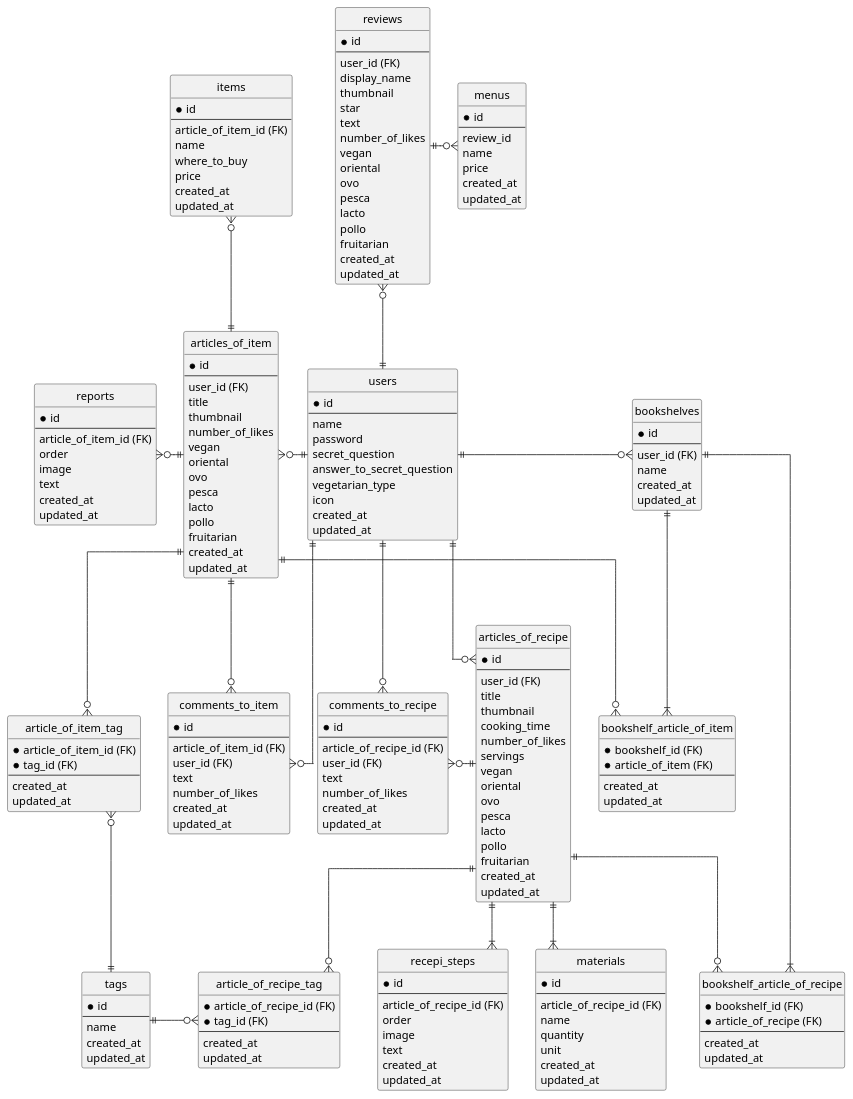
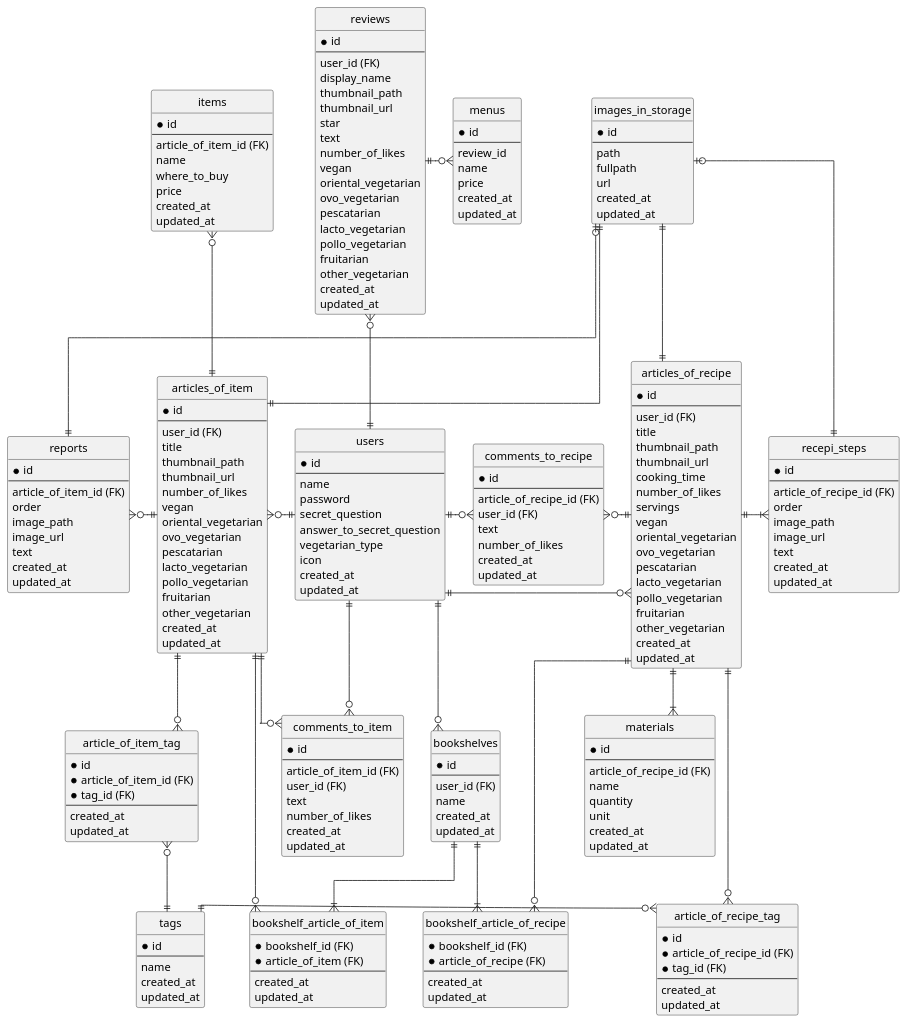
Before and after one commit to SayuriOkuyama/Original: the diagram in documents/er.pu, drawn with PlantUML.

Commit message:
er.pu 修正

```diff
--- a/documents/er.pu
+++ b/documents/er.pu
@@ -34,17 +34,19 @@
   --
   user_id (FK)
   title
-  thumbnail
+  thumbnail_path
+  thumbnail_url
   cooking_time
   number_of_likes
   servings
   vegan
-  oriental
-  ovo
-  pesca
-  lacto
-  pollo
+  oriental_vegetarian
+  ovo_vegetarian
+  pescatarian
+  lacto_vegetarian
+  pollo_vegetarian
   fruitarian
+  other_vegetarian
   created_at
   updated_at
 }
@@ -54,7 +56,8 @@
   --
   article_of_recipe_id (FK)
   order
-  image
+  image_path
+  image_url
   text
   created_at
   updated_at
@@ -76,15 +79,17 @@
   --
   user_id (FK)
   title
-  thumbnail
+  thumbnail_path
+  thumbnail_url
   number_of_likes
   vegan
-  oriental
-  ovo
-  pesca
-  lacto
-  pollo
+  oriental_vegetarian
+  ovo_vegetarian
+  pescatarian
+  lacto_vegetarian
+  pollo_vegetarian
   fruitarian
+  other_vegetarian
   created_at
   updated_at
 }
@@ -105,7 +110,8 @@
   --
   article_of_item_id (FK)
   order
-  image
+  image_path
+  image_url
   text
   created_at
   updated_at
@@ -142,6 +148,7 @@
 }
 
 entity "article_of_recipe_tag" as article_of_recipe_tag {
+  *id
   *article_of_recipe_id (FK)
   *tag_id (FK)
   --
@@ -150,6 +157,7 @@
 }
 
 entity "article_of_item_tag" as article_of_item_tag {
+  *id
   *article_of_item_id (FK)
   *tag_id (FK)
   --
@@ -162,17 +170,19 @@
   --
   user_id (FK)
   display_name
-  thumbnail
+  thumbnail_path
+  thumbnail_url
   star
   text
   number_of_likes
   vegan
-  oriental
-  ovo
-  pesca
-  lacto
-  pollo
+  oriental_vegetarian
+  ovo_vegetarian
+  pescatarian
+  lacto_vegetarian
+  pollo_vegetarian
   fruitarian
+  other_vegetarian
   created_at
   updated_at
 }
@@ -212,13 +222,23 @@
   updated_at
 }
 
+entity "images_in_storage" as images_in_storage {
+  *id
+  --
+  path
+  fullpath
+  url
+  created_at
+  updated_at
+}
+
 users ||-r-o{ articles_of_recipe
-articles_of_recipe ||--|{ recepi_steps
+articles_of_recipe ||-r-|{ recepi_steps
 articles_of_recipe ||--|{ materials
 articles_of_recipe ||--o{ article_of_recipe_tag
 tags ||-r-o{ article_of_recipe_tag
 articles_of_recipe ||-l-o{ comments_to_recipe
-users ||--o{ comments_to_recipe
+users ||-r-o{ comments_to_recipe
 users ||-l-o{articles_of_item
 articles_of_item ||--o{ article_of_item_tag
 tags ||-u-o{ article_of_item_tag
@@ -226,11 +246,16 @@
 articles_of_item ||-u-o{ items
 articles_of_item ||-l-o{ reports
 users ||-r-o{ comments_to_item
-users ||-r-o{bookshelves
+users ||-d-o{bookshelves
 bookshelves ||--|{bookshelf_article_of_recipe
 articles_of_recipe ||--o{bookshelf_article_of_recipe
 bookshelves ||--|{bookshelf_article_of_item
 articles_of_item ||--o{bookshelf_article_of_item
 users ||-u-o{reviews
 menus }o-l-|| reviews
+images_in_storage ||--|| articles_of_recipe
+images_in_storage||--|| articles_of_item
+images_in_storage |o-r-|| recepi_steps
+images_in_storage|o--|| reports
+
 @enduml
```
